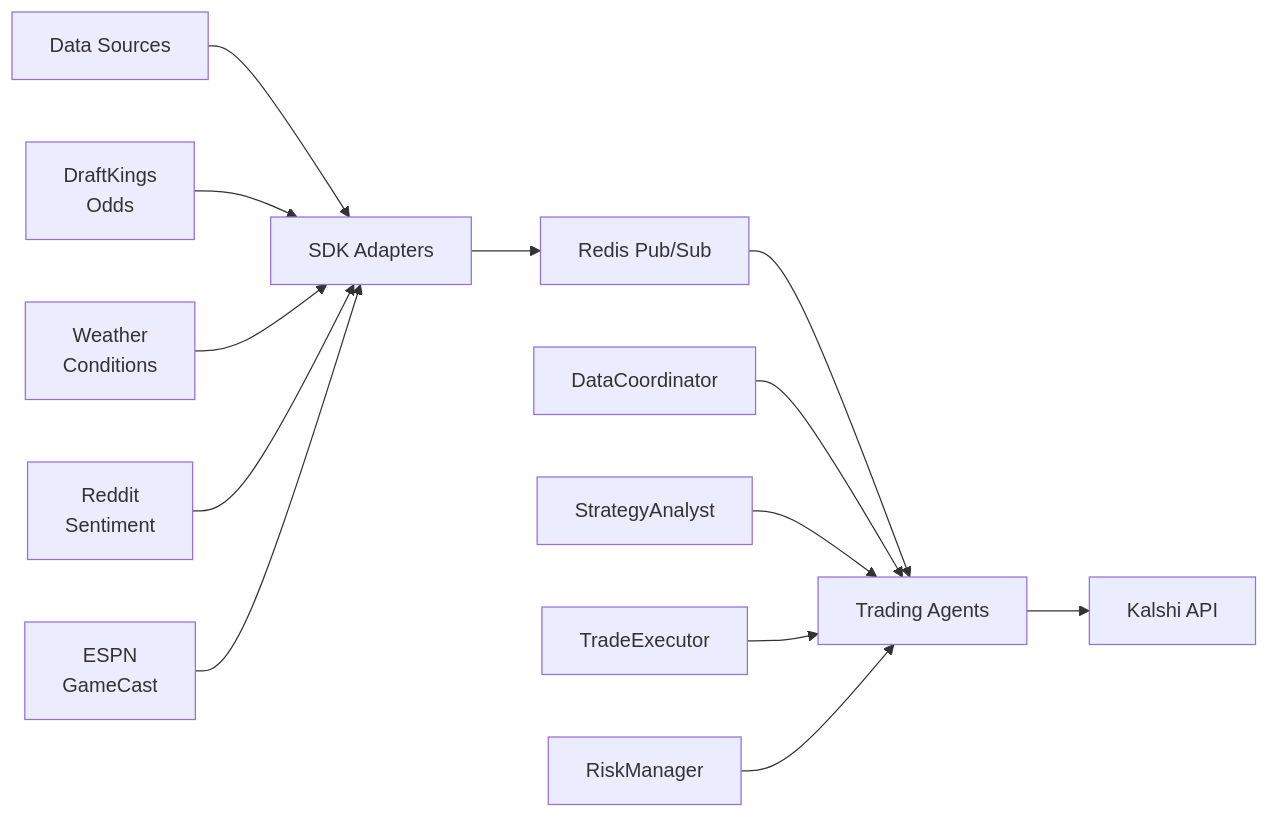
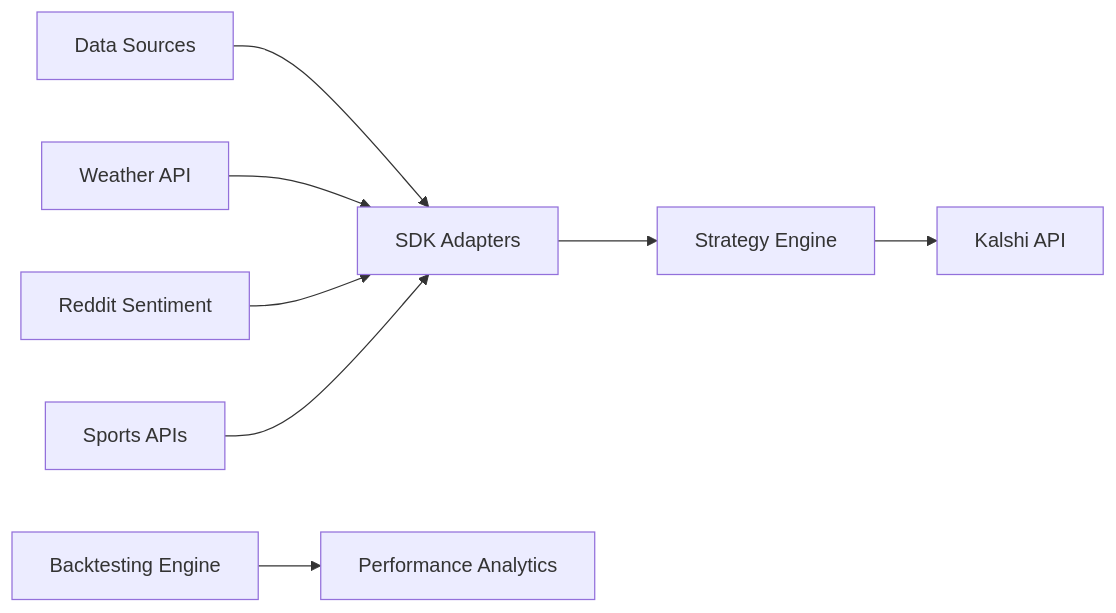
One commit to IntelIP/Neural changed the diagram in README.md. Above: the diagram before and after it, drawn with Mermaid. The commit also changed other lines of this file and 140 other files, not shown here.

````diff
--- a/README.md
+++ b/README.md
@@ -76,17 +64,12 @@
 ```mermaid
 graph LR
     A[Data Sources] --> B[SDK Adapters]
-    B --> C[Redis Pub/Sub]
-    C --> D[Trading Agents]
-    D --> E[Kalshi API]
+    B --> C[Strategy Engine]
+    C --> D[Kalshi API]
     
-    A1[DraftKings<br/>Odds] --> B
-    A2[Weather<br/>Conditions] --> B
-    A3[Reddit<br/>Sentiment] --> B
-    A4[ESPN<br/>GameCast] --> B
+    A1[Weather API] --> B
+    A2[Reddit Sentiment] --> B
+    A3[Sports APIs] --> B
     
-    D1[DataCoordinator] --> D
-    D2[StrategyAnalyst] --> D
-    D3[TradeExecutor] --> D
-    D4[RiskManager] --> D
+    E[Backtesting Engine] --> F[Performance Analytics]
 ```
````
